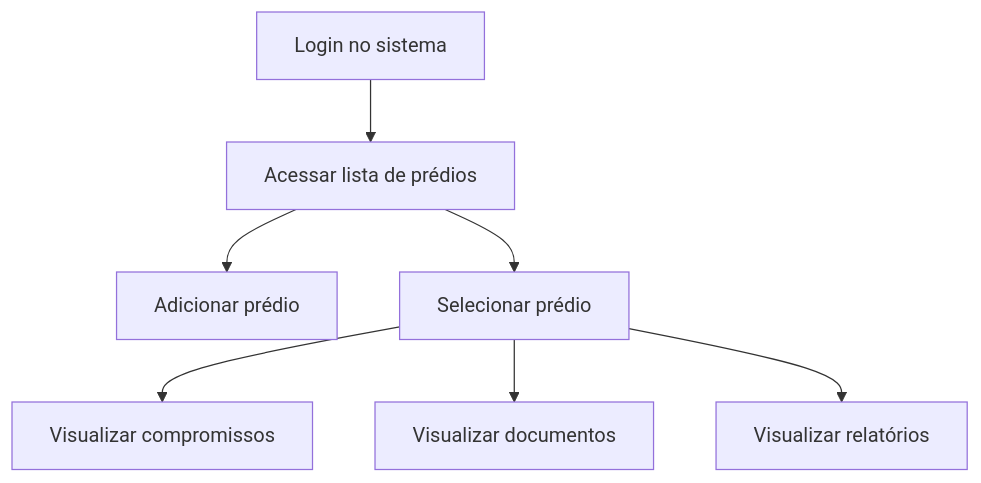
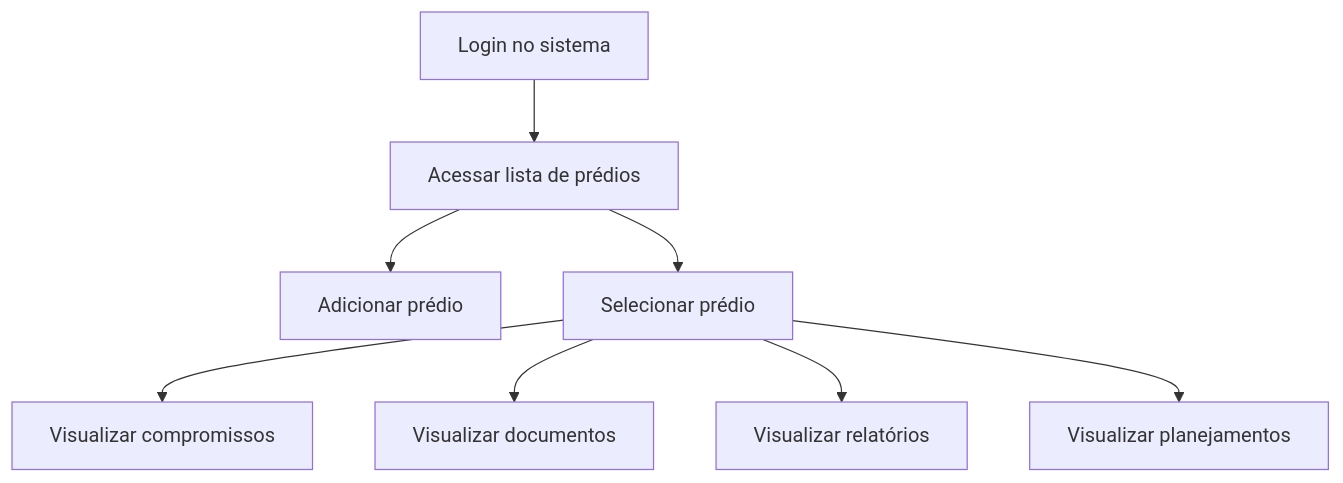
The fourth of 7 diagrams in documentation/RFC/RFC.md (pdrollucas/euSindico), drawn with Mermaid before and after one commit. The commit also changed other lines of this file, not shown here.

````diff
--- a/documentation/RFC/RFC.md
+++ b/documentation/RFC/RFC.md
@@ -351,12 +360,13 @@
 ```mermaid
 flowchart TD
 
 A[Login no sistema] --> B[Acessar lista de prédios]
 
 B --> C[Adicionar prédio]
 B --> D[Selecionar prédio]
 
 D --> E[Visualizar compromissos]
 D --> F[Visualizar documentos]
 D --> G[Visualizar relatórios]
+D --> H[Visualizar planejamentos]
 ```
````
